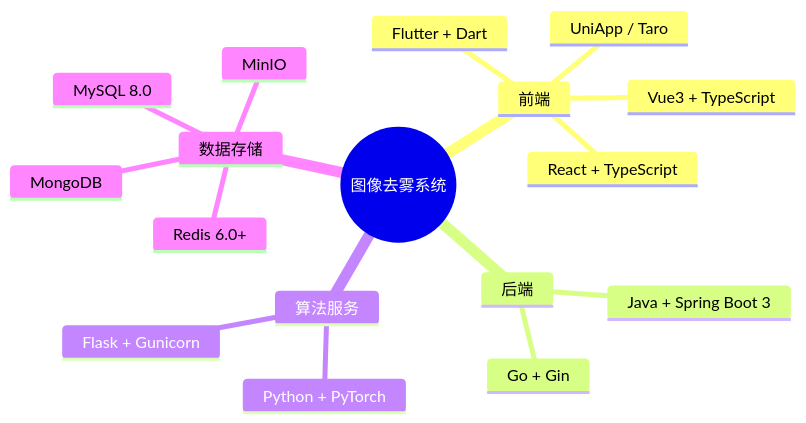
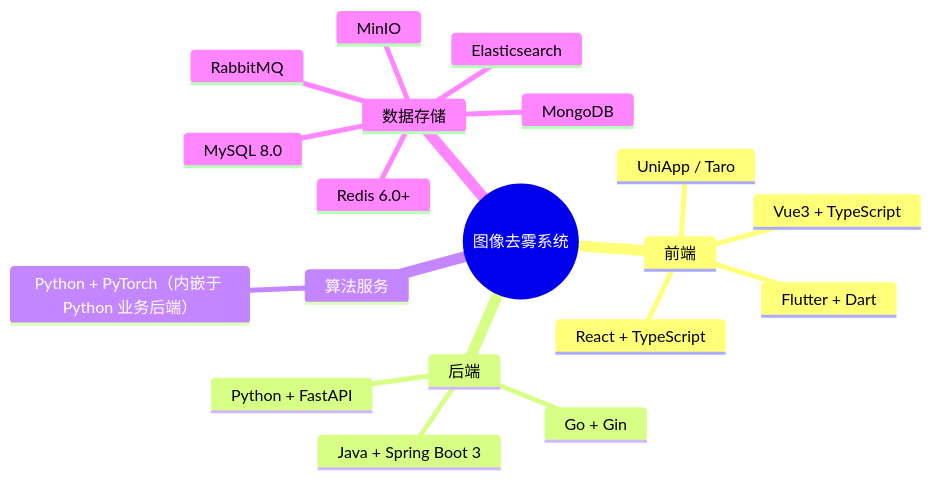
One commit to earthy-zinc/dehaze-system changed the diagram in dehaze-doc/docs/02-系统架构/02-环境与兼容性要求.md. Above: the diagram before and after it, drawn with Mermaid. The commit also changed other lines of this file and 1067 other files, not shown here.

````diff
--- a/dehaze-doc/docs/02-系统架构/02-环境与兼容性要求.md
+++ b/dehaze-doc/docs/02-系统架构/02-环境与兼容性要求.md
@@ -29,20 +29,22 @@
 ```mermaid
 mindmap
   root((图像去雾系统))
     前端
       Vue3 + TypeScript
       React + TypeScript
       Flutter + Dart
       UniApp / Taro
     后端
       Java + Spring Boot 3
       Go + Gin
+      Python + FastAPI
     算法服务
-      Python + PyTorch
-      Flask + Gunicorn
+      Python + PyTorch（内嵌于 Python 业务后端）
     数据存储
       MySQL 8.0
       Redis 6.0+
       MongoDB
+      RabbitMQ
+      Elasticsearch
       MinIO
 ```
````
